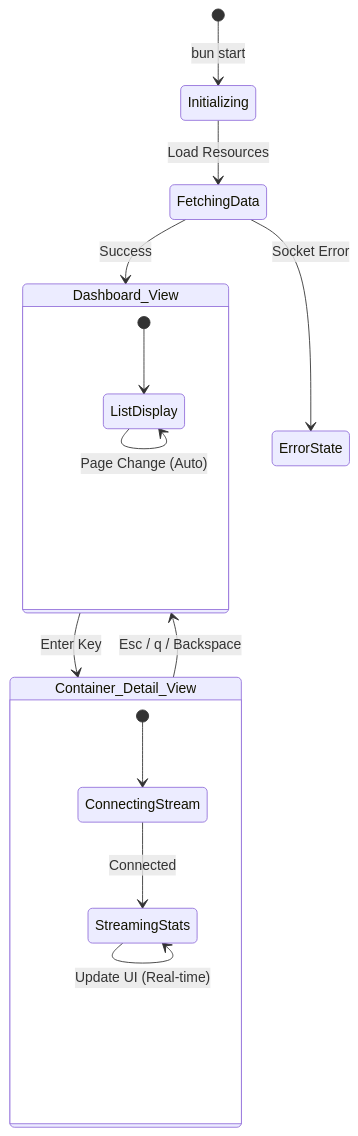
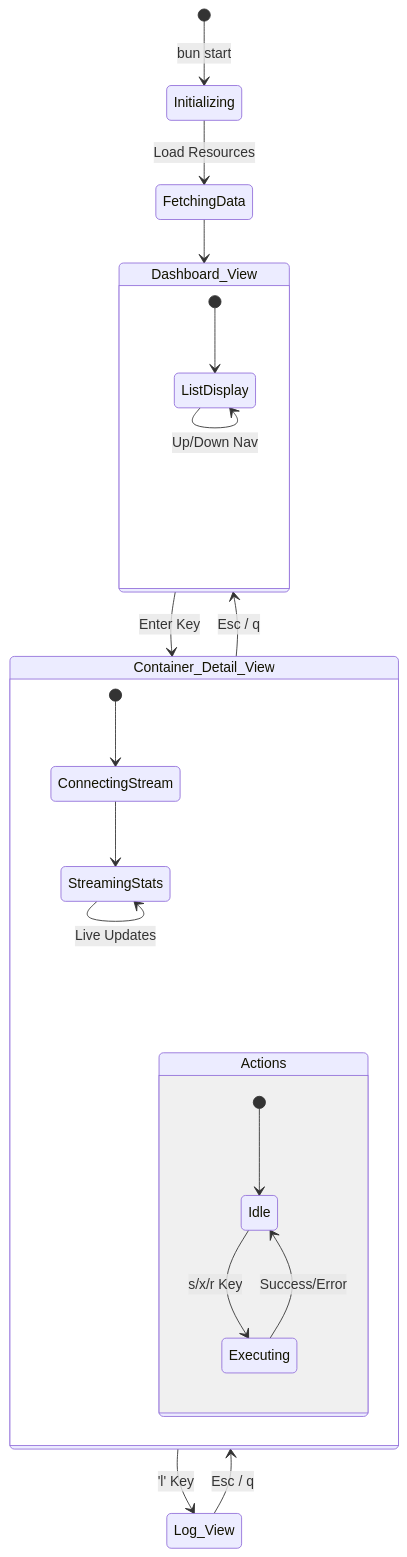
One commit to rohitdas13595/docker-tui changed the second of 2 diagrams in README.md. Above: the diagram before and after it, drawn with Mermaid. The commit also changed other lines of this file and 8 other files, not shown here.

Commit message:
feat: Add live logs, container actions, and build configuration

````diff
--- a/README.md
+++ b/README.md
@@ -70,25 +76,31 @@
 ```mermaid
 stateDiagram-v2
     [*] --> Initializing : bun start
     Initializing --> FetchingData : Load Resources
 
     state Dashboard_View {
         [*] --> ListDisplay
-        ListDisplay --> ListDisplay : Up/Down Arrow (Nav)
-        ListDisplay --> ListDisplay : Auto-Refresh (Background)
-        ListDisplay --> ListDisplay : Page Change (Auto)
+        ListDisplay --> ListDisplay : Up/Down Nav
     }
 
-    FetchingData --> Dashboard_View : Success
-    FetchingData --> ErrorState : Socket Error
+    FetchingData --> Dashboard_View
 
     Dashboard_View --> Container_Detail_View : Enter Key
 
     state Container_Detail_View {
         [*] --> ConnectingStream
-        ConnectingStream --> StreamingStats : Connected
-        StreamingStats --> StreamingStats : Update UI (Real-time)
+        ConnectingStream --> StreamingStats
+        StreamingStats --> StreamingStats : Live Updates
+
+        state Actions {
+            [*] --> Idle
+            Idle --> Executing : s/x/r Key
+            Executing --> Idle : Success/Error
+        }
     }
 
-    Container_Detail_View --> Dashboard_View : Esc / q / Backspace
+    Container_Detail_View --> Log_View : 'l' Key
+    Log_View --> Container_Detail_View : Esc / q
+
+    Container_Detail_View --> Dashboard_View : Esc / q
 ```
````
